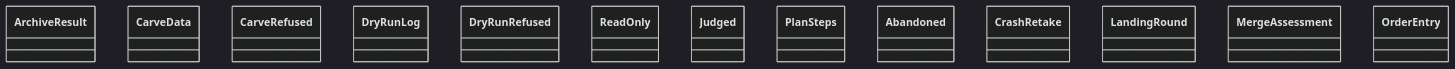
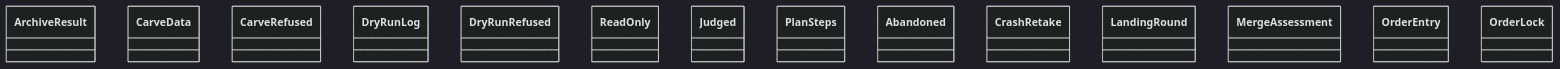
One commit to GonzaloZevallos/agentic-system changed the diagram in docs/architecture/generated/classes-process-application-lifecycle-1.md. Above: the diagram before and after it, drawn with Mermaid (dark theme). The commit also changed 6 other files, not shown here.

````diff
--- a/docs/architecture/generated/classes-process-application-lifecycle-1.md
+++ b/docs/architecture/generated/classes-process-application-lifecycle-1.md
@@ -19,16 +19,17 @@
 ```mermaid
 classDiagram
     class archive__ArchiveResult["ArchiveResult"]
     class carve_out__CarveData["CarveData"]
     class carve_out__CarveRefused["CarveRefused"]
     class dry_run__DryRunLog["DryRunLog"]
     class dry_run__DryRunRefused["DryRunRefused"]
     class dry_run__ReadOnly["ReadOnly"]
     class plan_carve_out__Judged["Judged"]
     class plan_carve_out__PlanSteps["PlanSteps"]
     class poll__Abandoned["Abandoned"]
     class poll__CrashRetake["CrashRetake"]
     class poll__LandingRound["LandingRound"]
     class poll__MergeAssessment["MergeAssessment"]
     class poll__OrderEntry["OrderEntry"]
+    class poll__OrderLock["OrderLock"]
 ```
````
